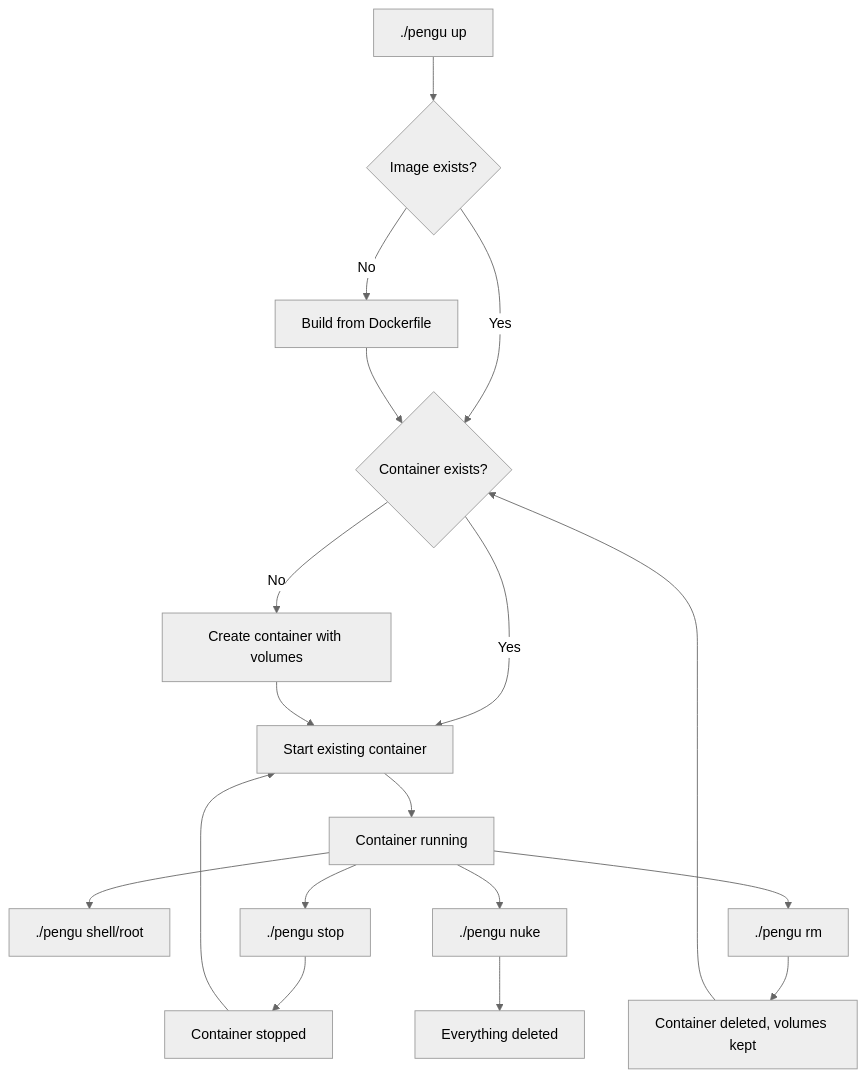
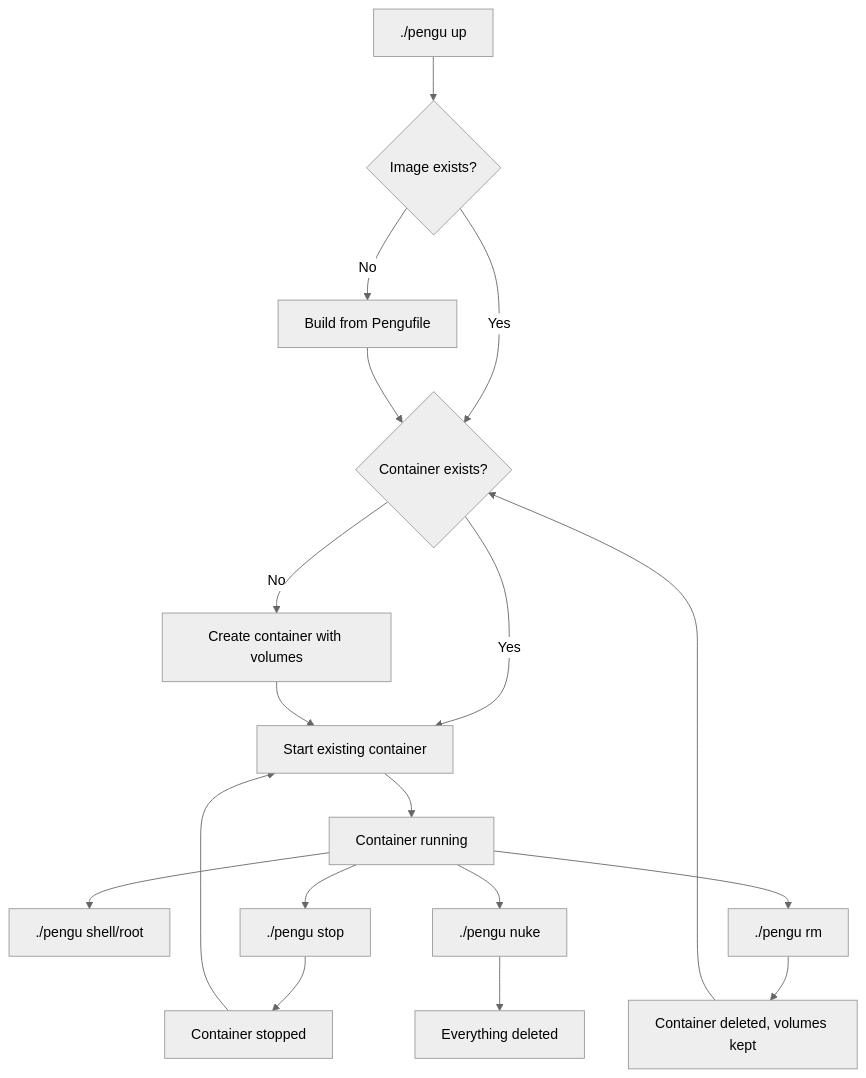
One commit to soyrochus/pengu changed the diagram in README.md. Above: the diagram before and after it, drawn with Mermaid (neutral theme). The commit also changed other lines of this file, not shown here.

````diff
--- a/README.md
+++ b/README.md
@@ -262,23 +262,23 @@
 ```mermaid
 graph TD
     A[./pengu up] --> B{Image exists?}
-    B -->|No| C[Build from Dockerfile]
+    B -->|No| C[Build from Pengufile]
     B -->|Yes| D{Container exists?}
     C --> D
     D -->|No| E[Create container with volumes]
     D -->|Yes| F[Start existing container]
     E --> F
     F --> G[Container running]
     
     G --> H[./pengu shell/root]
     G --> I[./pengu stop]
     G --> J[./pengu rm]
     G --> K[./pengu nuke]
     
     I --> L[Container stopped]
     J --> M[Container deleted, volumes kept]
     K --> N[Everything deleted]
     
     L --> F
     M --> D
 ```
````
